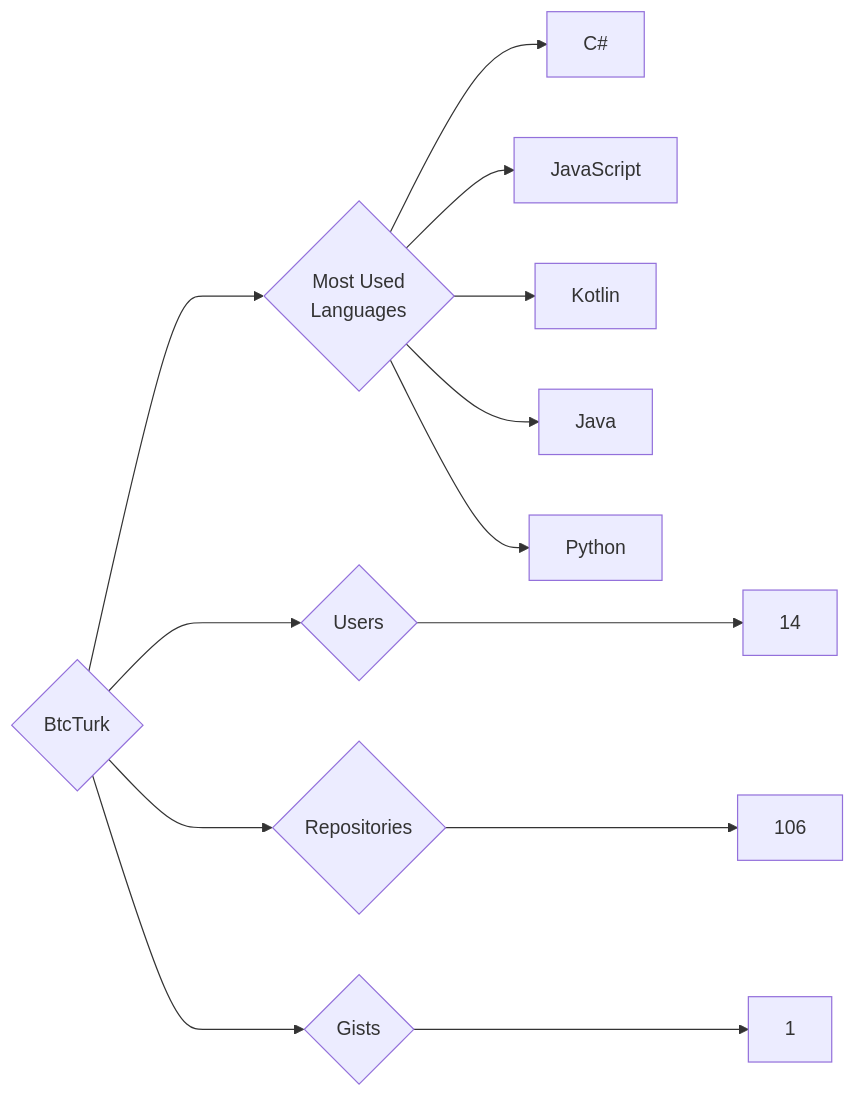
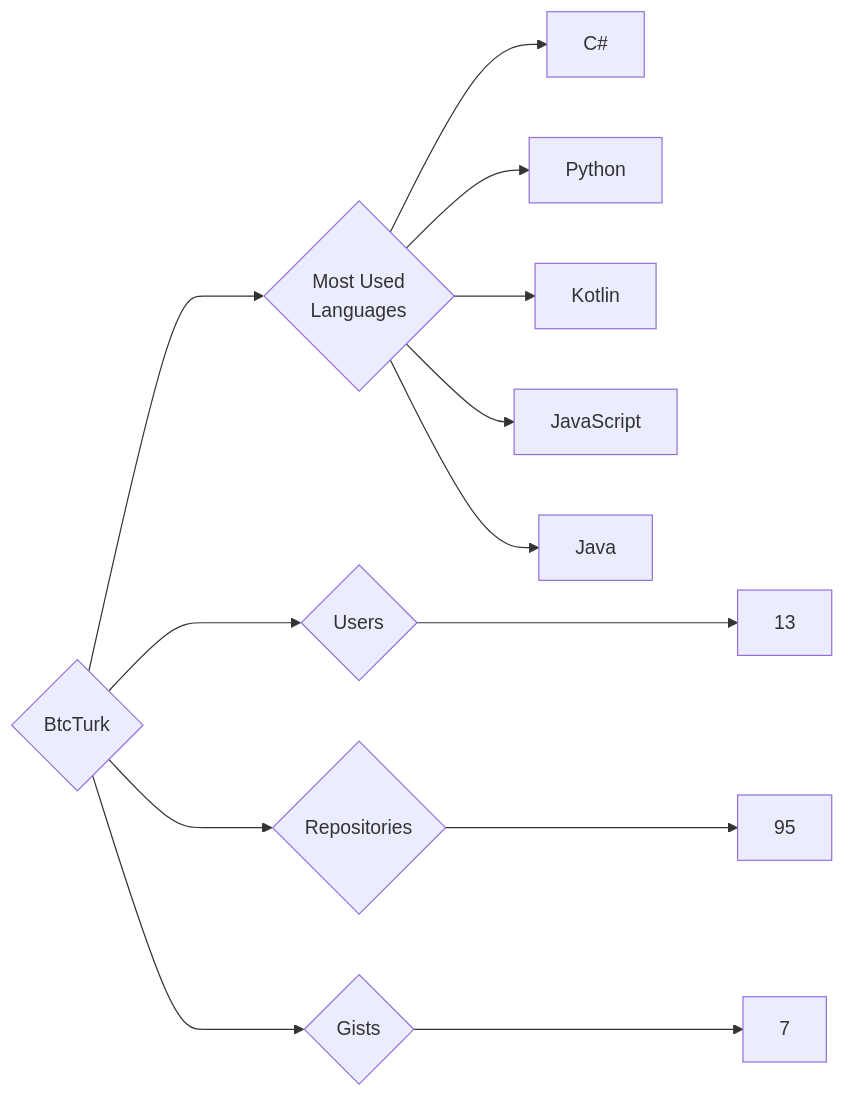
The diagram in targets/BtcTurk/README.md (trickest/insiders), drawn with Mermaid before and after one commit. The commit also changed 750 other files, not shown here.

````diff
--- a/targets/BtcTurk/README.md
+++ b/targets/BtcTurk/README.md
@@ -3,13 +3,13 @@
 ```mermaid
 graph LR
 COMPANY_NAME{BtcTurk}
-COMPANY_NAME ---> U{Users} ---> UN[14]
-COMPANY_NAME ---> R{Repositories} ---> RN[106]
-COMPANY_NAME ---> G{Gists} ---> GN[1]
+COMPANY_NAME ---> U{Users} ---> UN[13]
+COMPANY_NAME ---> R{Repositories} ---> RN[95]
+COMPANY_NAME ---> G{Gists} ---> GN[7]
 COMPANY_NAME ---> ML{Most Used<br>Languages}
 ML --> C#[C#]
+ML --> Python[Python]
+ML --> Kotlin[Kotlin]
 ML --> JavaScript[JavaScript]
-ML --> Kotlin[Kotlin]
 ML --> Java[Java]
-ML --> Python[Python]
 ```
````
